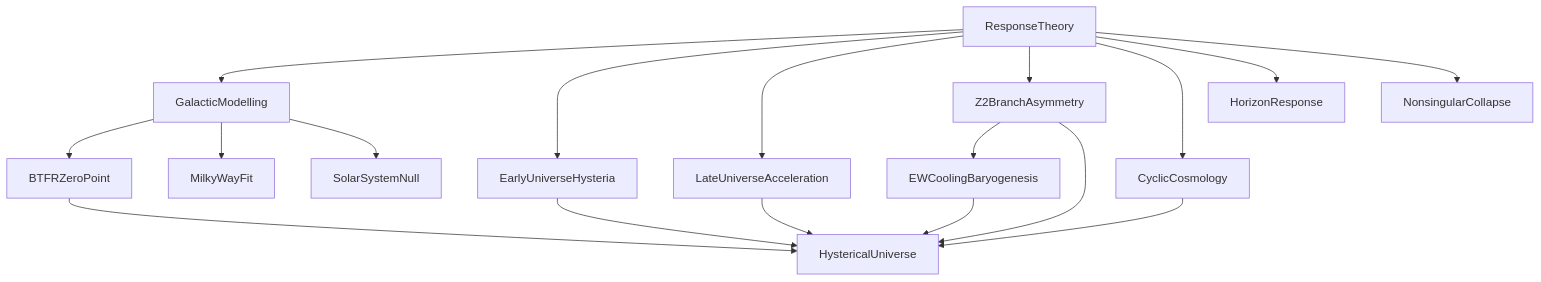
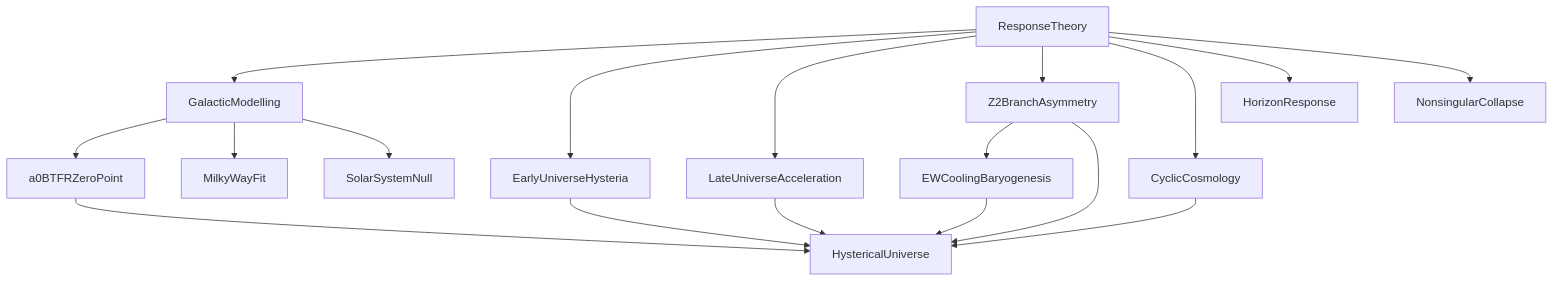
Before and after one commit to AndrewBoydMathematics/Hysterical-Response: the diagram in README.md, drawn with Mermaid. The commit also changed other lines of this file, not shown here.

Commit message:
Document the a0 BTFR zero-point paper in the public README.

````diff
--- a/README.md
+++ b/README.md
@@ -52,33 +56,33 @@
 ```mermaid
 flowchart TD
   Response[ResponseTheory]
   Galactic[GalacticModelling]
-  BTFR[BTFRZeroPoint]
+  BTFR[a0BTFRZeroPoint]
   MW[MilkyWayFit]
   Solar[SolarSystemNull]
   Early[EarlyUniverseHysteria]
   Late[LateUniverseAcceleration]
   Branch[Z2BranchAsymmetry]
   CCC[CyclicCosmology]
   Horizon[HorizonResponse]
   Collapse[NonsingularCollapse]
   Cooling[EWCoolingBaryogenesis]
   Universe[HystericalUniverse]
   Response --> Galactic
   Galactic --> BTFR
   Galactic --> MW
   Galactic --> Solar
   Response --> Early
   Response --> Late
   Response --> Branch
   Response --> CCC
   Response --> Horizon
   Response --> Collapse
   Branch --> Cooling
   Early --> Universe
   Late --> Universe
   Branch --> Universe
   Cooling --> Universe
   CCC --> Universe
   BTFR --> Universe
 ```
````
